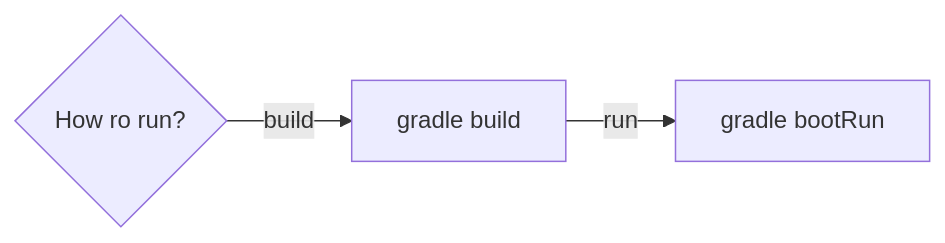
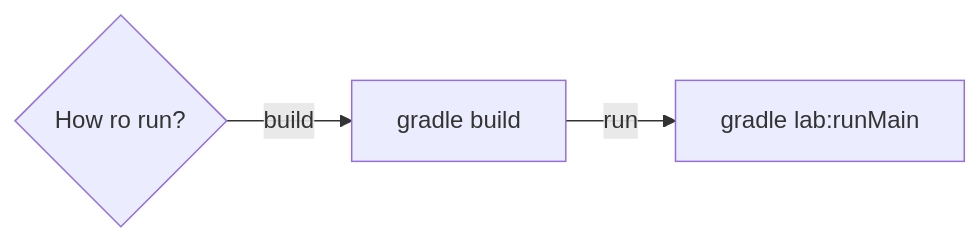
Before and after one commit to michigang1/kotlin-labs: the diagram in README.md, drawn with Mermaid. The commit also changed other lines of this file, not shown here.

````diff
--- a/README.md
+++ b/README.md
@@ -18,5 +18,5 @@
 ```mermaid
 graph LR
 A{How ro run?} -- build --> B[gradle build]
-B -- run --> C[gradle bootRun]
+B -- run --> C[gradle lab<lab_number>:runMain]
 ```
````
